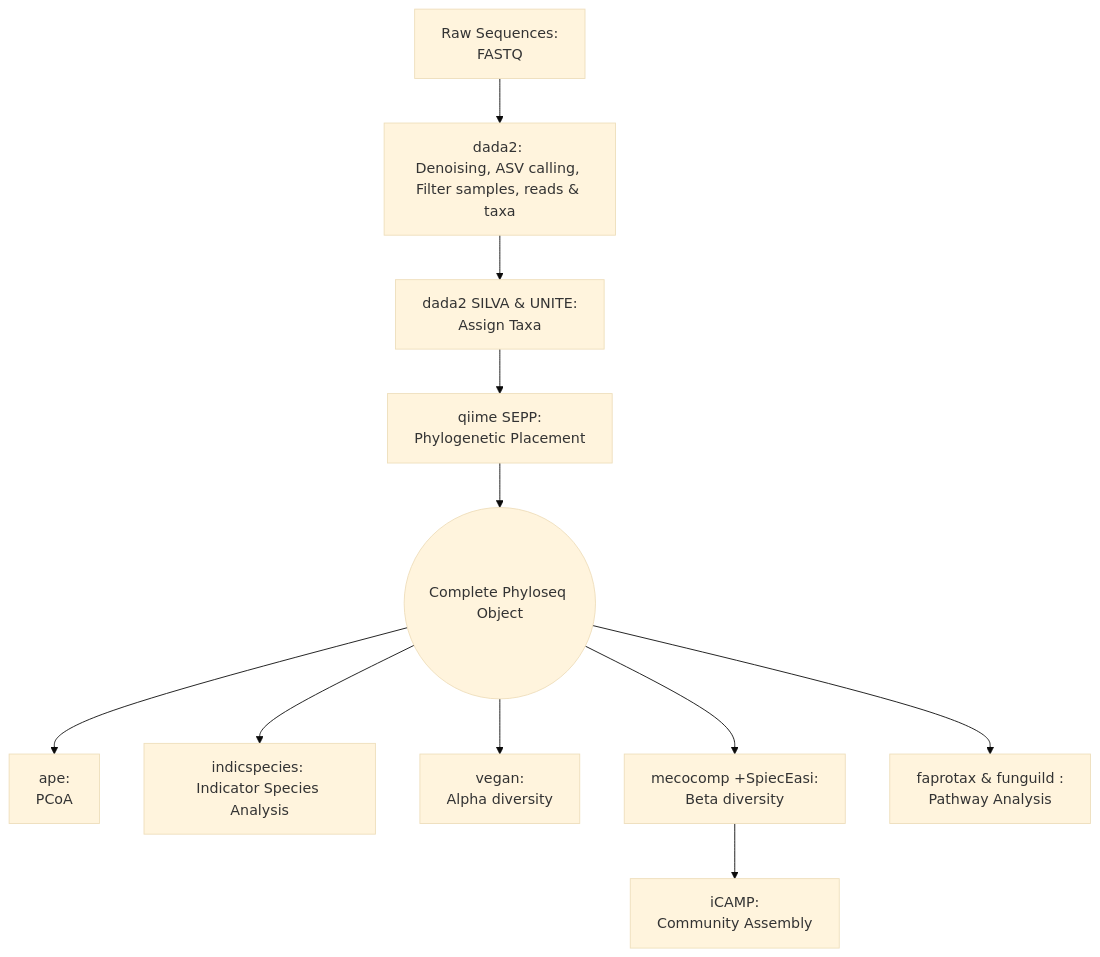
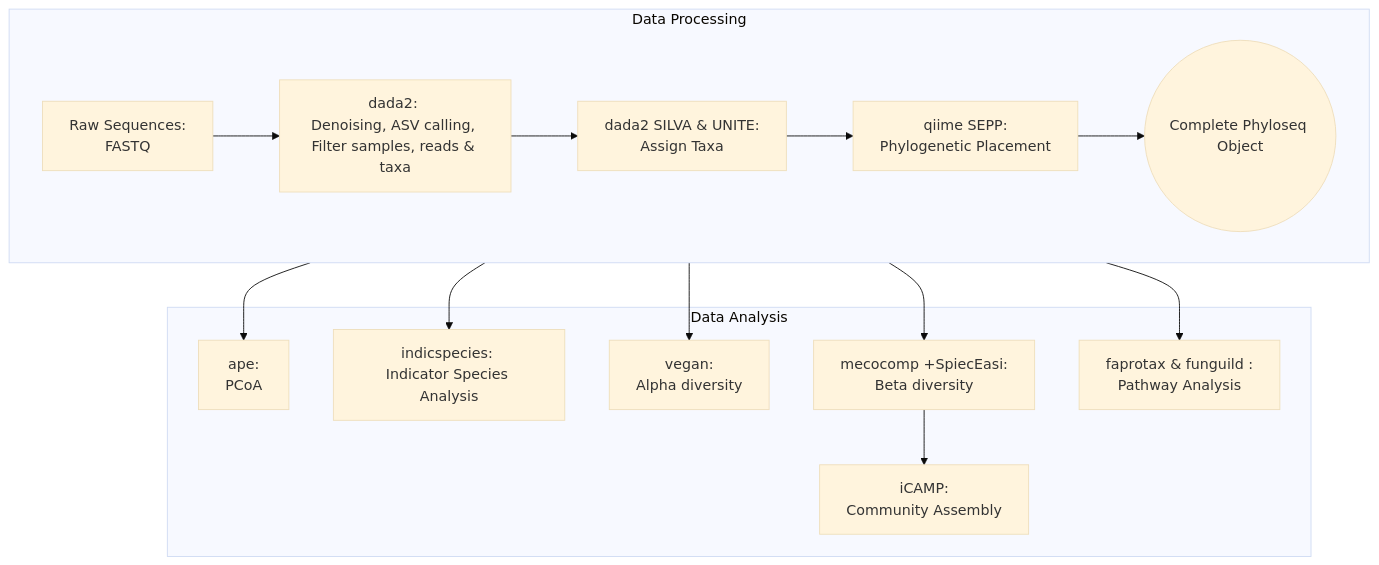
Before and after one commit to dbioinfo/drhizo: the first of 2 diagrams in README.md, drawn with Mermaid (base theme).

Commit message:
syntax comit

````diff
--- a/README.md
+++ b/README.md
@@ -8,13 +8,18 @@
 ```mermaid
 graph TB;
+subgraph Z[Data Processing];
+    direction LR;
     A[Raw Sequences: \nFASTQ] --> B[dada2: \nDenoising, ASV calling, \nFilter samples, reads & taxa];
     B --> C[dada2 SILVA & UNITE: \nAssign Taxa];
     C --> K[qiime SEPP: \nPhylogenetic Placement];
     K --> D((Complete Phyloseq Object));
-    D --> H[ape: \nPCoA];
+end;
+subgraph Y[Data Analysis];
+    D((Complete Phyloseq Object)) --> H[ape: \nPCoA];
     D --> G[indicspecies: \nIndicator Species Analysis];
     D --> J[vegan: \nAlpha diversity];
     D --> E[mecocomp +SpiecEasi: \nBeta diversity];
     E --> F[iCAMP: \nCommunity Assembly];
     D --> I[faprotax & funguild : \nPathway Analysis];
+end;
 ```
````
